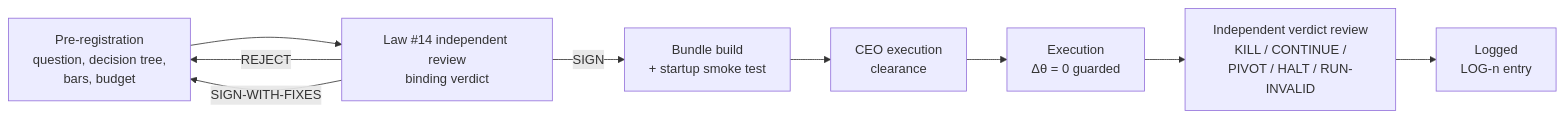
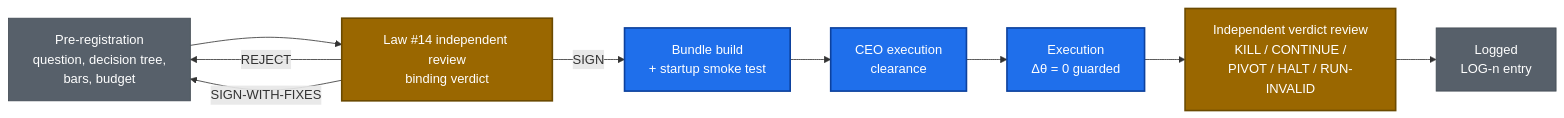
One commit to anilkumara9/SCBI changed the third of 5 diagrams in README.md. Above: the diagram before and after it, drawn with Mermaid. The commit also changed other lines of this file, not shown here.

Commit message:
docs: README v3 — why-it-matters, math-explained, colored diagrams (founder order 2026-09-25)

````diff
--- a/README.md
+++ b/README.md
@@ -86,11 +171,18 @@
 ```mermaid
 flowchart LR
     A["Pre-registration<br/>question, decision tree,<br/>bars, budget"] --> B["Law #14 independent review<br/>binding verdict"]
     B -- "SIGN" --> C["Bundle build<br/>+ startup smoke test"]
     B -- "REJECT" --> A
     B -- "SIGN-WITH-FIXES" --> A
     C --> D["CEO execution<br/>clearance"]
     D --> E["Execution<br/>Δθ = 0 guarded"]
     E --> F["Independent verdict review<br/>KILL / CONTINUE /<br/>PIVOT / HALT / RUN-INVALID"]
     F --> G["Logged<br/>LOG-n entry"]
+    classDef doc fill:#57606a,stroke:#424a53,color:#fff
+    classDef review fill:#9a6700,stroke:#6b4a00,color:#fff,stroke-width:2px
+    classDef build fill:#1f6feb,stroke:#0d419d,color:#fff,stroke-width:2px
+    classDef verdict fill:#8957e5,stroke:#5a2ea6,color:#fff,stroke-width:2px
+    class A,G doc
+    class B,F review
+    class C,D,E build
 ```
````
